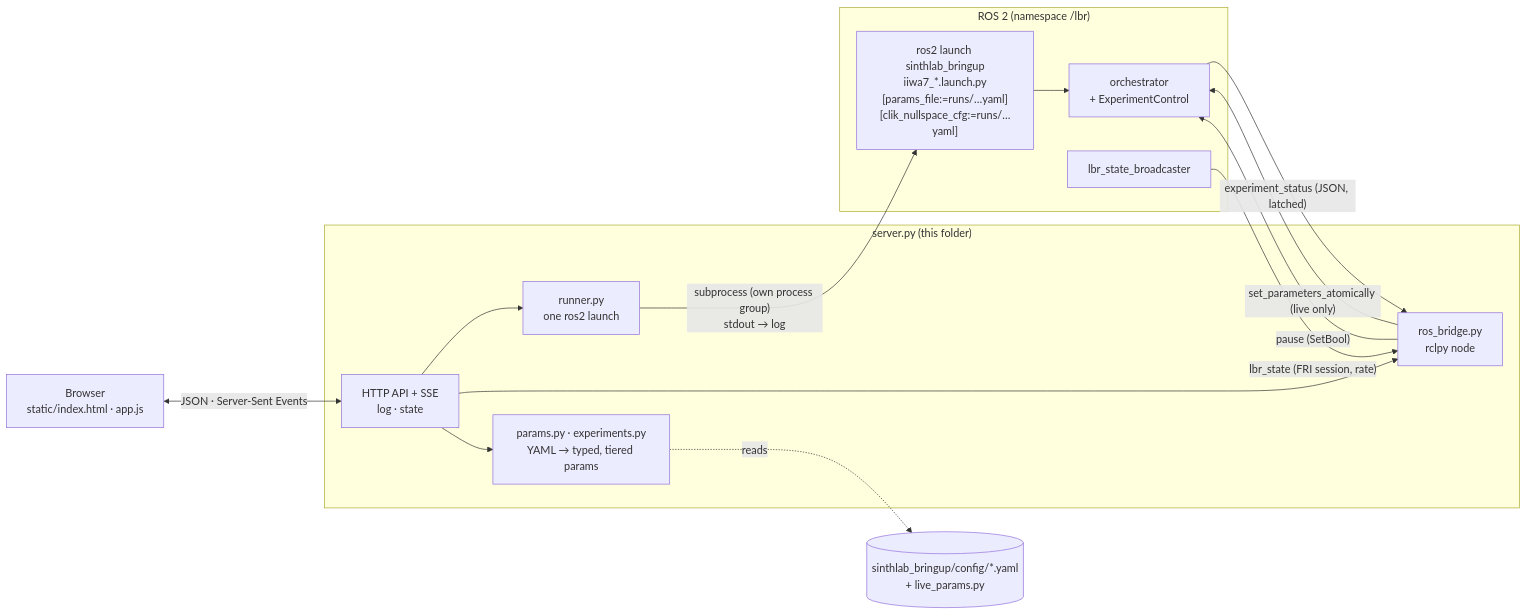
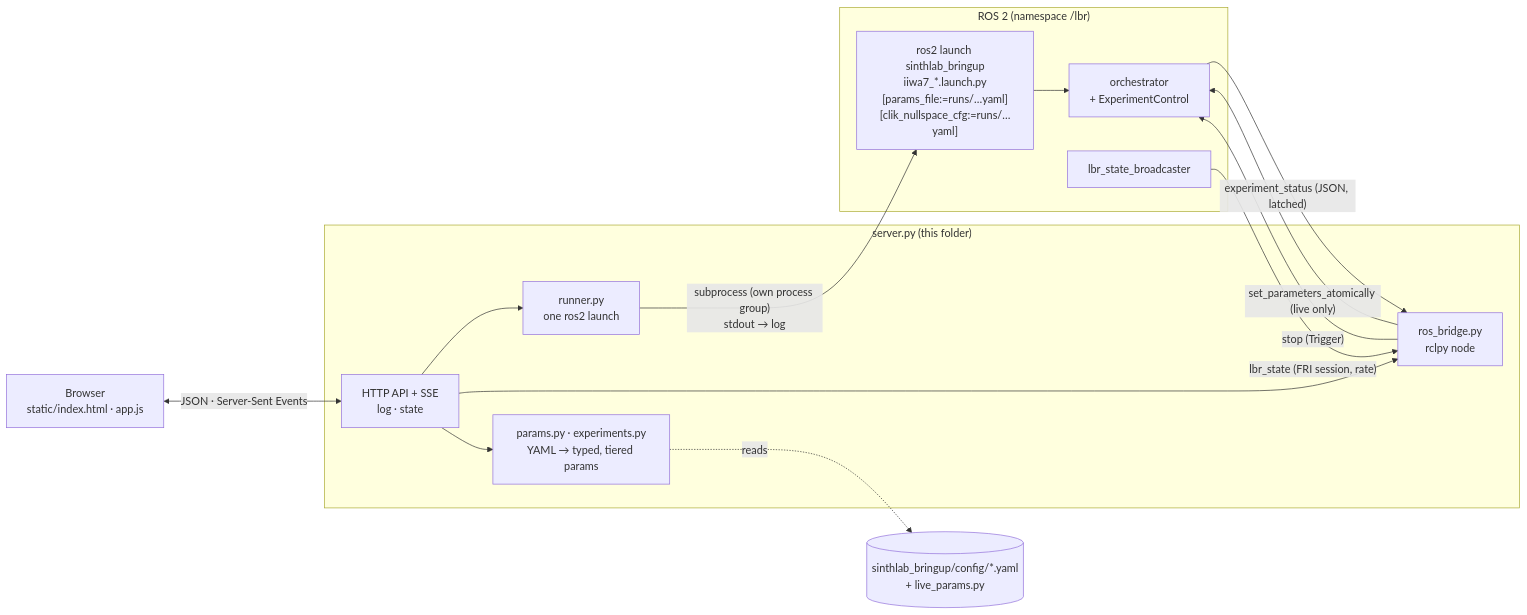
Before and after one commit to sinthlab/sinthlab-kuka-stack: the diagram in experiment_ctrl_gui/README.md, drawn with Mermaid. The commit also changed other lines of this file and 20 other files, not shown here.

````diff
--- a/experiment_ctrl_gui/README.md
+++ b/experiment_ctrl_gui/README.md
@@ -29,28 +29,28 @@
 ```mermaid
 flowchart LR
     B["Browser<br/>static/index.html · app.js"]
     subgraph S["server.py (this folder)"]
         API["HTTP API + SSE<br/>log · state"]
         RUN["runner.py<br/>one ros2 launch"]
         BR["ros_bridge.py<br/>rclpy node"]
         PAR["params.py · experiments.py<br/>YAML → typed, tiered params"]
     end
     subgraph R["ROS 2 (namespace /lbr)"]
         L["ros2 launch sinthlab_bringup<br/>iiwa7_*.launch.py<br/>[params_file:=runs/…yaml]<br/>[clik_nullspace_cfg:=runs/…yaml]"]
         O["orchestrator<br/>+ ExperimentControl"]
         HW["lbr_state_broadcaster"]
     end
     Y[("sinthlab_bringup/config/*.yaml<br/>+ live_params.py")]
 
     B <-- "JSON · Server-Sent Events" --> API
     API --> RUN
     API --> BR
     API --> PAR
     PAR -. "reads" .-> Y
     RUN -- "subprocess (own process group)<br/>stdout → log" --> L
     L --> O
     O -- "experiment_status (JSON, latched)" --> BR
     BR -- "set_parameters_atomically (live only)" --> O
-    BR -- "pause (SetBool)" --> O
+    BR -- "stop (Trigger)" --> O
     HW -- "lbr_state (FRI session, rate)" --> BR
 ```
````
